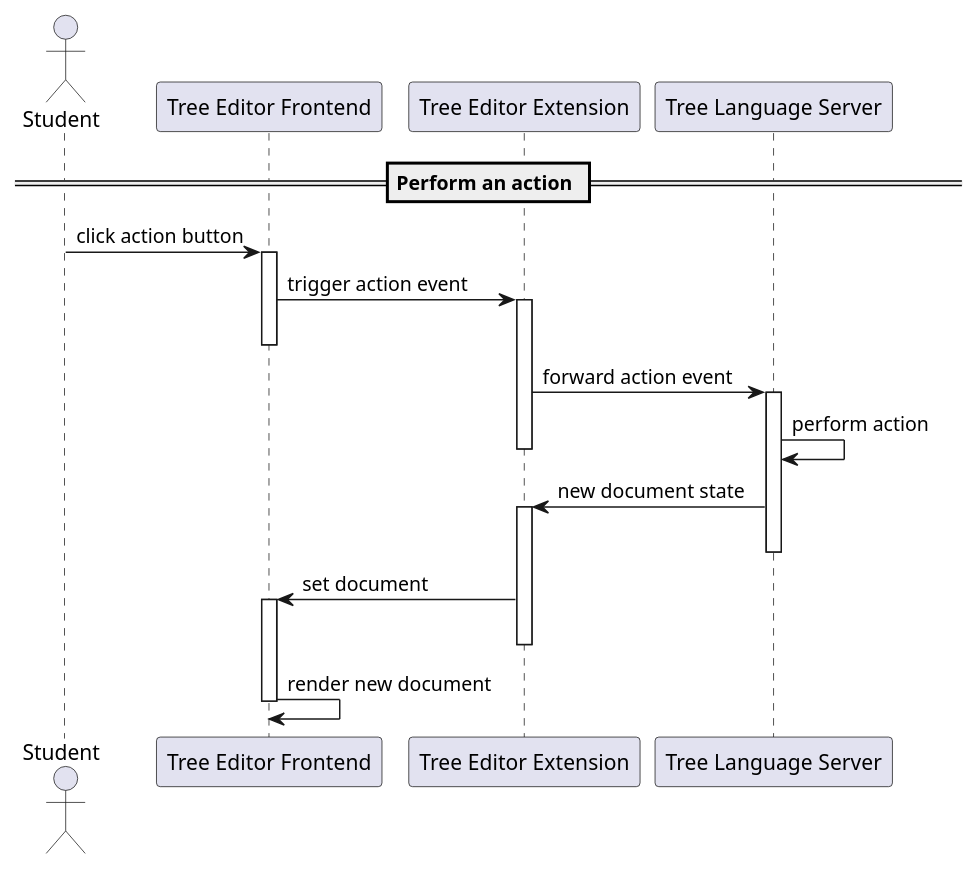
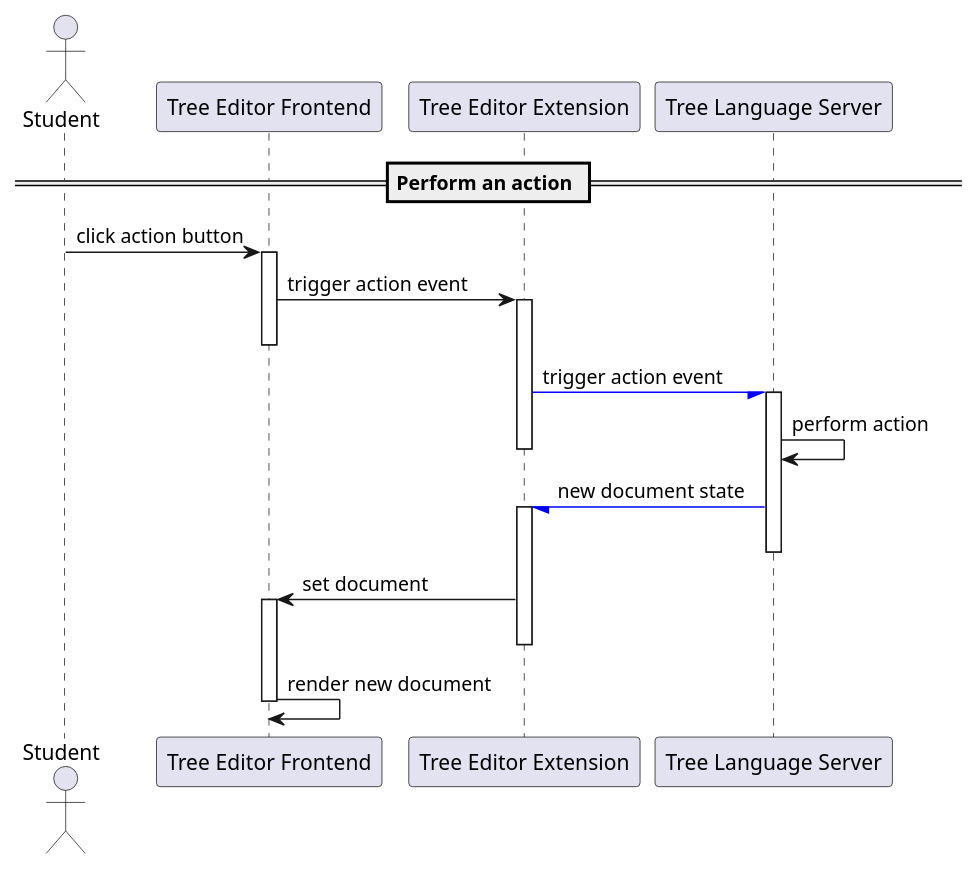
Before and after one commit to krissrex/tdt4900-master-thesis-cloud-modeling-latex: the second of 4 diagrams in figures/protocol.sequence.puml, drawn with PlantUML. The commit also changed other lines of this file and 9 other files, not shown here.

Commit message:
Improve diagrams

```diff
--- a/figures/protocol.sequence.puml
+++ b/figures/protocol.sequence.puml
@@ -43,23 +43,23 @@
 @startuml Protocol_action_sequence
 
 actor Student
 participant "Tree Editor Frontend" as frontend
 participant "Tree Editor Extension" as ext
 participant "Tree Language Server" as server
 
 == Perform an action ==
 
 Student -> frontend ++ : click action button
 frontend -> ext ++ : trigger action event
 deactivate frontend
-ext -> server ++ : forward action event
+ext -[#blue]/ server ++ : trigger action event
 server -> server : perform action
 deactivate ext
-server -> ext ++ : new document state
+server -[#blue]/ ext ++ : new document state
 deactivate server
 ext -> frontend ++: set document
 deactivate ext
 frontend -> frontend : render new document
 deactivate
 
 @enduml
```
